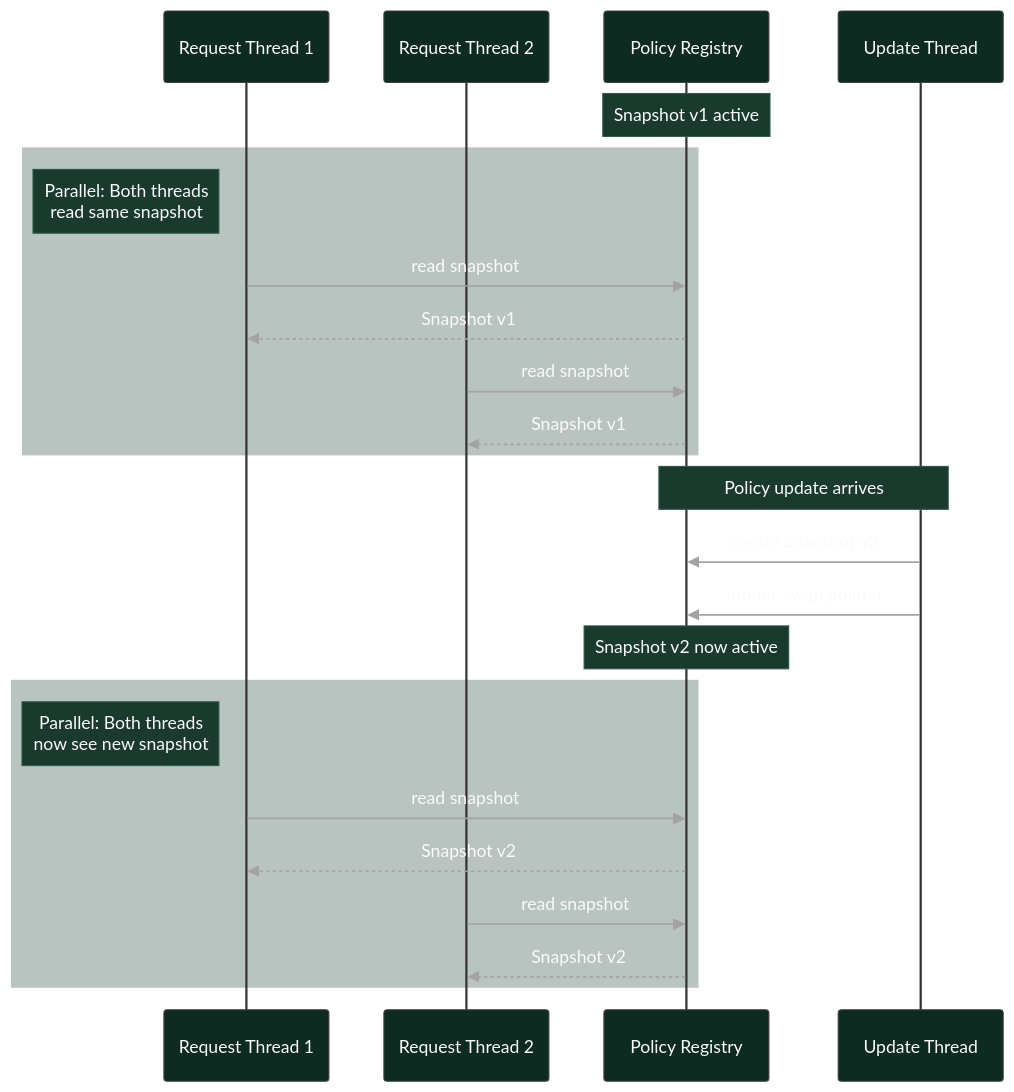
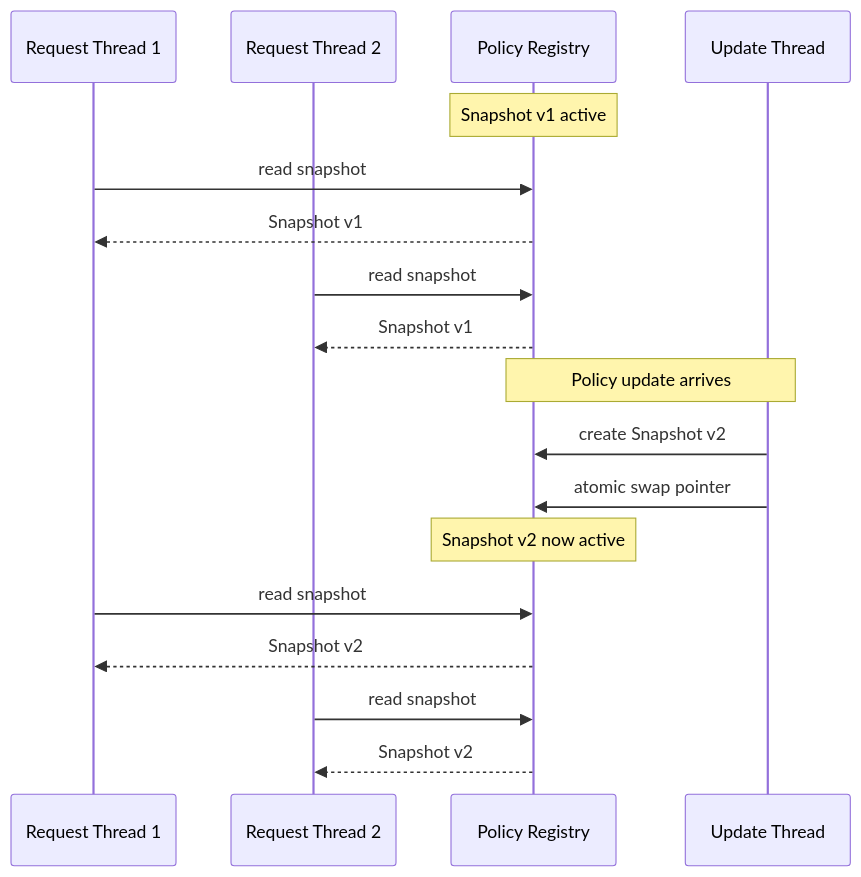
Before and after one commit to usetero/docs: the second of 4 diagrams in edge/architecture.mdx, drawn with Mermaid. The commit also changed other lines of this file, not shown here.

Commit message:
fix: failing architecture diagrams (#8)

````diff
--- a/edge/architecture.mdx
+++ b/edge/architecture.mdx
@@ -159,31 +163,24 @@
 ```mermaid
-%%{init: {'theme': 'base', 'themeVariables': { 'primaryColor': '#0e2b22', 'primaryTextColor': '#fafafa', 'primaryBorderColor': '#404040', 'lineColor': '#737373', 'secondaryColor': '#0e2b22', 'tertiaryColor': '#171717', 'background': '#171717', 'mainBkg': '#171717', 'nodeBorder': '#404040', 'clusterBkg': '#171717', 'clusterBorder': '#404040', 'titleColor': '#fafafa', 'edgeLabelBackground': '#171717', 'actorLineColor': '#333333', 'signalColor': '#a3a3a3', 'signalTextColor': '#fafafa', 'labelTextColor': '#fafafa', 'actorBkg': '#0e2b22', 'actorTextColor': '#fafafa', 'noteBkgColor': '#1a3a2e', 'noteTextColor': '#fafafa', 'noteBorderColor': '#2d5a48', 'activationBkgColor': '#0e2b22', 'activationBorderColor': '#404040', 'sequenceNumberColor': '#fafafa', 'labelBoxBkgColor': '#1a3a2e', 'labelBoxBorderColor': '#2d5a48'}}}%%
 sequenceDiagram
     participant R1 as Request Thread 1
     participant R2 as Request Thread 2
     participant Reg as Policy Registry
     participant U as Update Thread
 
     Note over Reg: Snapshot v1 active
 
-    rect rgba(26, 58, 46, 0.3)
-        Note left of R1: Parallel: Both threads<br/>read same snapshot
-        R1->>Reg: read snapshot
-        Reg-->>R1: Snapshot v1
-        R2->>Reg: read snapshot
-        Reg-->>R2: Snapshot v1
-    end
+    R1->>Reg: read snapshot
+    Reg-->>R1: Snapshot v1
+    R2->>Reg: read snapshot
+    Reg-->>R2: Snapshot v1
 
     Note over U,Reg: Policy update arrives
     U->>Reg: create Snapshot v2
     U->>Reg: atomic swap pointer
     Note over Reg: Snapshot v2 now active
 
-    rect rgba(26, 58, 46, 0.3)
-        Note left of R1: Parallel: Both threads<br/>now see new snapshot
-        R1->>Reg: read snapshot
-        Reg-->>R1: Snapshot v2
-        R2->>Reg: read snapshot
-        Reg-->>R2: Snapshot v2
-    end
+    R1->>Reg: read snapshot
+    Reg-->>R1: Snapshot v2
+    R2->>Reg: read snapshot
+    Reg-->>R2: Snapshot v2
 ```
````
